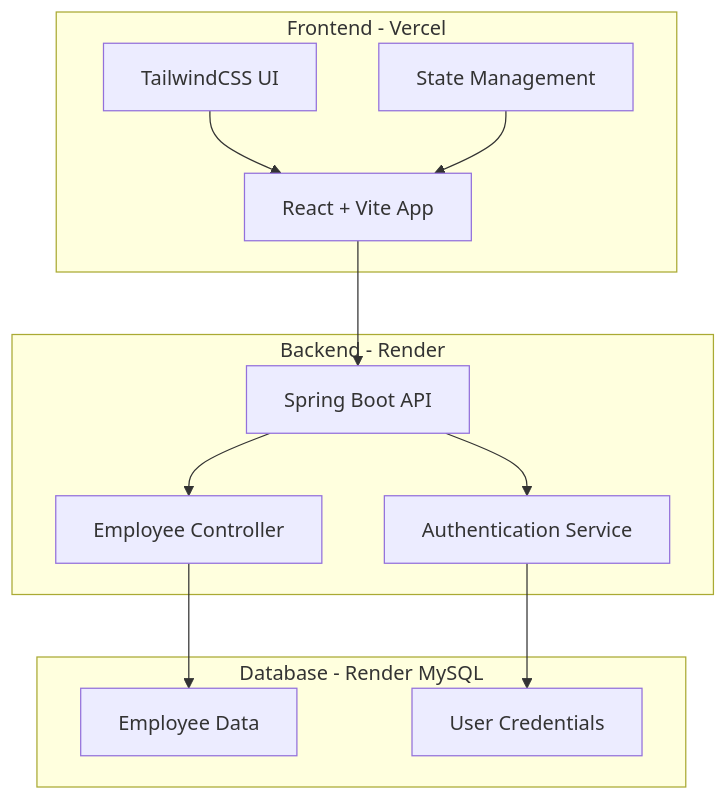
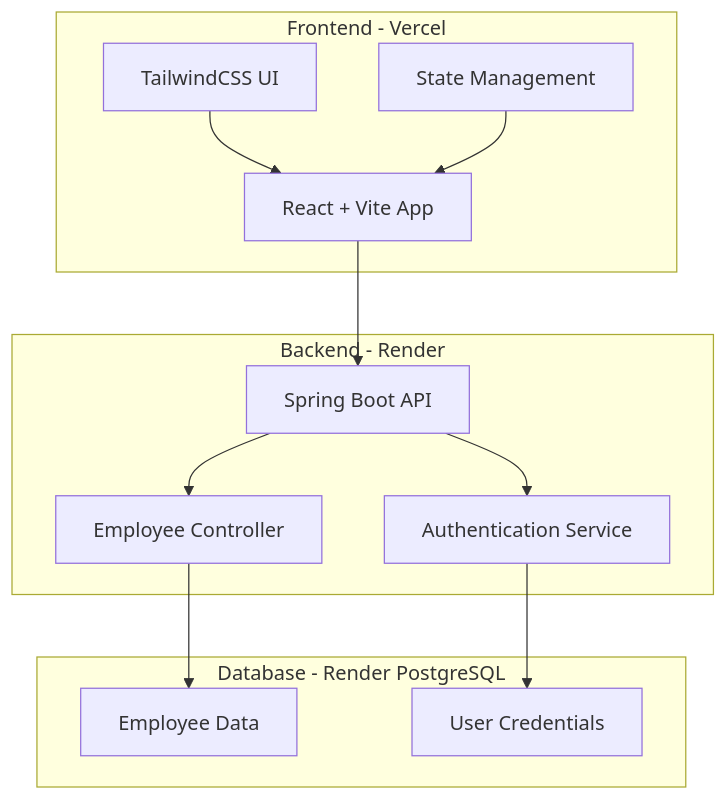
Before and after one commit to PARTH-WAGHE/WorkHub: the first of 2 diagrams in README.md, drawn with Mermaid. The commit also changed other lines of this file and 30 other files, not shown here.

````diff
--- a/README.md
+++ b/README.md
@@ -133,27 +133,27 @@
 ```mermaid
 graph TB
     subgraph "Frontend - Vercel"
         A[React + Vite App]
         B[TailwindCSS UI]
         C[State Management]
     end
 
     subgraph "Backend - Render"
         D[Spring Boot API]
         E[Authentication Service]
         F[Employee Controller]
     end
 
-    subgraph "Database - Render MySQL"
+    subgraph "Database - Render PostgreSQL"
         G[Employee Data]
         H[User Credentials]
     end
 
     A --> D
     B --> A
     C --> A
     D --> E
     D --> F
     E --> H
     F --> G
 ```
````
